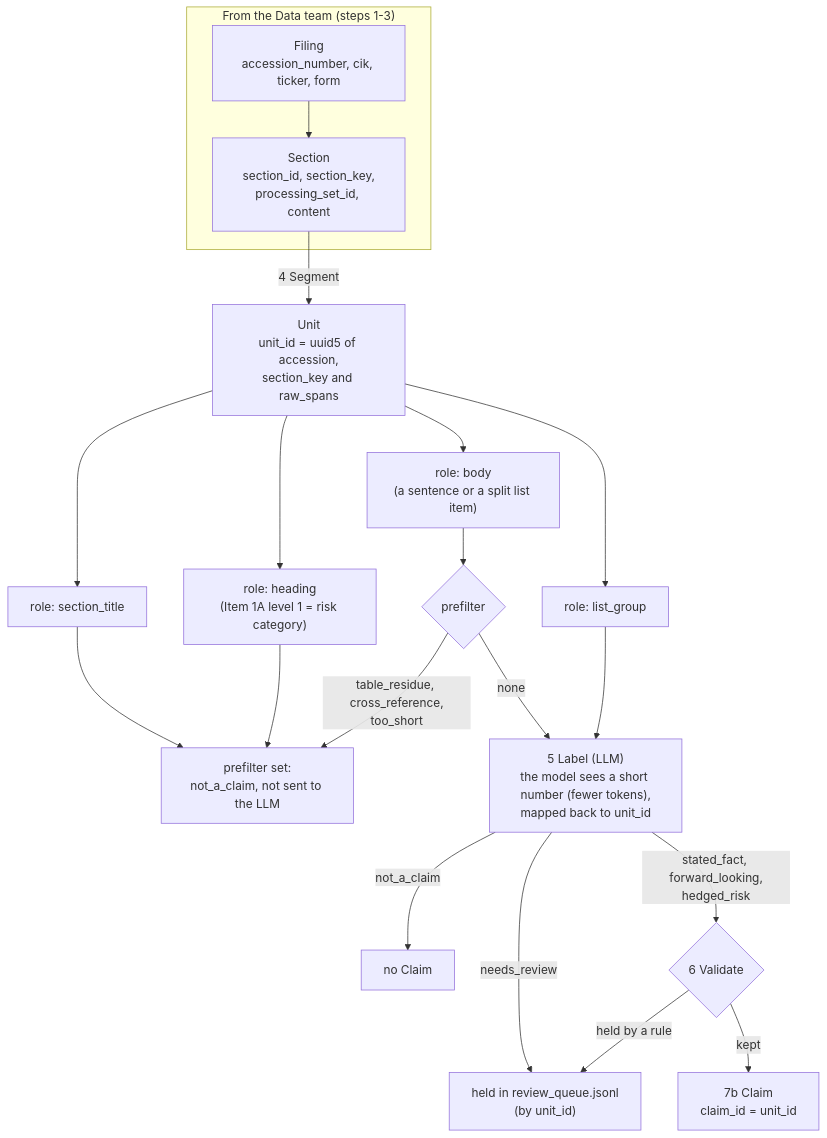
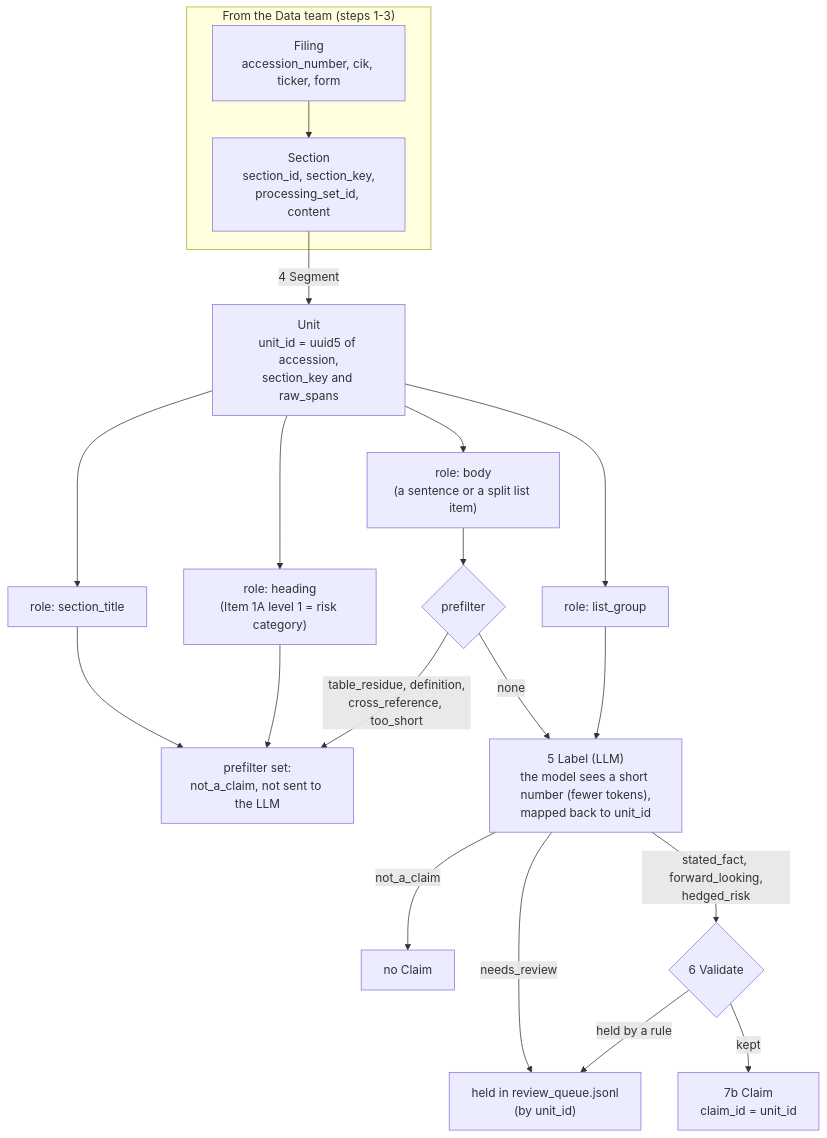
The second of 4 diagrams in extraction_pipeline/README.md (ZiyiClaudiaWang/KPMG-GraphRAG), drawn with Mermaid before and after one commit. The commit also changed other lines of this file and 14 other files, not shown here.

````diff
--- a/extraction_pipeline/README.md
+++ b/extraction_pipeline/README.md
@@ -117,26 +117,26 @@
 ```mermaid
 flowchart TD
     subgraph DATA["From the Data team (steps 1-3)"]
         F["Filing<br/>accession_number, cik, ticker, form"]
         S["Section<br/>section_id, section_key,<br/>processing_set_id, content"]
         F --> S
     end
     S -->|"4 Segment"| U["Unit<br/>unit_id = uuid5 of accession,<br/>section_key and raw_spans"]
 
     U --> R1["role: section_title"]
     U --> R2["role: heading<br/>(Item 1A level 1 = risk category)"]
     U --> R4["role: body<br/>(a sentence or a split list item)"]
     U --> R5["role: list_group"]
 
     R1 & R2 --> NO["prefilter set:<br/>not_a_claim, not sent to the LLM"]
     R4 --> P{"prefilter"}
-    P -->|"table_residue, cross_reference,<br/>too_short"| NO
+    P -->|"table_residue, definition,<br/>cross_reference, too_short"| NO
     P -->|"none"| LLM
     R5 --> LLM["5 Label (LLM)<br/>the model sees a short number (fewer tokens),<br/>mapped back to unit_id"]
 
     LLM -->|"not_a_claim"| NC["no Claim"]
     LLM -->|"needs_review"| H["held in review_queue.jsonl<br/>(by unit_id)"]
     LLM -->|"stated_fact, forward_looking,<br/>hedged_risk"| V{"6 Validate"}
     V -->|"held by a rule"| H
     V -->|"kept"| C["7b Claim<br/>claim_id = unit_id"]
 ```
````
